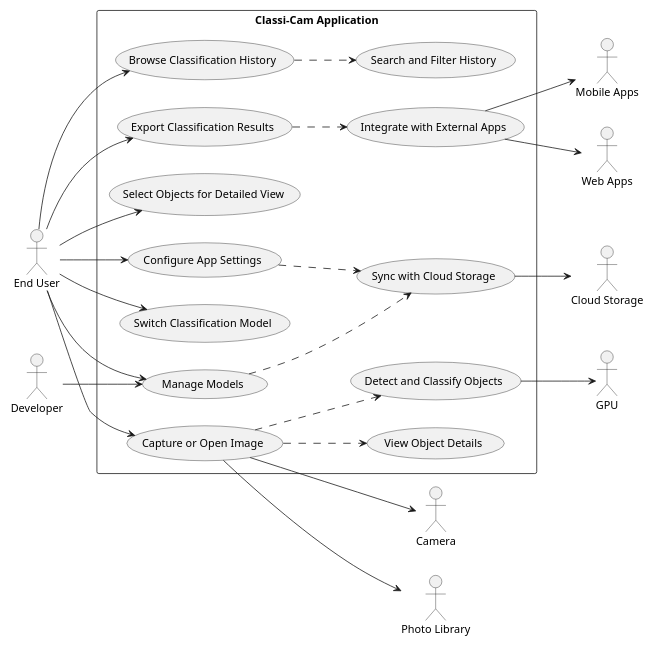
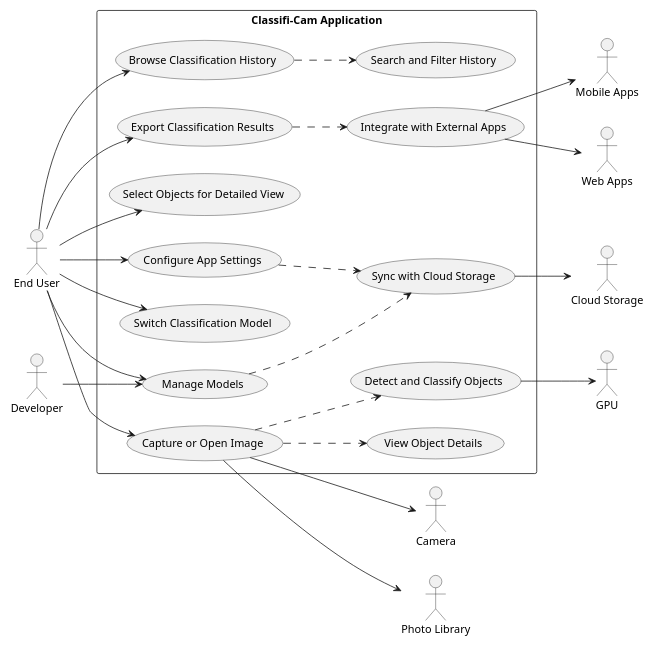
Before and after one commit to glwagnerii/sweng-894-capstone: the diagram in docs/architecture/md/2.3-functions.md, drawn with PlantUML. The commit also changed other lines of this file and 52 other files, not shown here.

````diff
--- a/docs/architecture/md/2.3-functions.md
+++ b/docs/architecture/md/2.3-functions.md
@@ -55,55 +55,55 @@
 ```puml
 @startuml
 left to right direction
 scale 600 width
 
 actor "End User" as eu
 actor "Developer" as dev
 
-rectangle "Classi-Cam Application" {
+rectangle "Classifi-Cam Application" {
     usecase "Capture or Open Image" as uc1
     usecase "Detect and Classify Objects" as uc2
     usecase "Select Objects for Detailed View" as uc3
     usecase "View Object Details" as uc4
     usecase "Browse Classification History" as uc5
     usecase "Manage Models" as uc6
     usecase "Switch Classification Model" as uc7
     usecase "Integrate with External Apps" as uc8
     usecase "Sync with Cloud Storage" as uc9
     usecase "Export Classification Results" as uc10
     usecase "Search and Filter History" as uc11
     usecase "Configure App Settings" as uc12
 }
 
 eu --> uc1
 eu --> uc3
 eu --> uc5
 eu --> uc6
 eu --> uc7
 eu --> uc12
 eu --> uc10
 dev --> uc6
 
 actor "Camera" as camera
 actor "Photo Library" as lib
 actor "GPU" as gpu
 actor "Cloud Storage" as cloud
 actor "Mobile Apps" as app
 actor "Web Apps" as web
 
 uc1 --> camera
 uc1 --> lib
 uc2 --> gpu
 uc9 --> cloud
 uc8 --> app
 uc8 --> web
 
 uc10 ..> uc8
 uc1 ..> uc2
 uc1 ..> uc4
 uc6 ..> uc9
 uc12 ..> uc9
 uc5 ..> uc11
 
 @enduml
 ```
````
